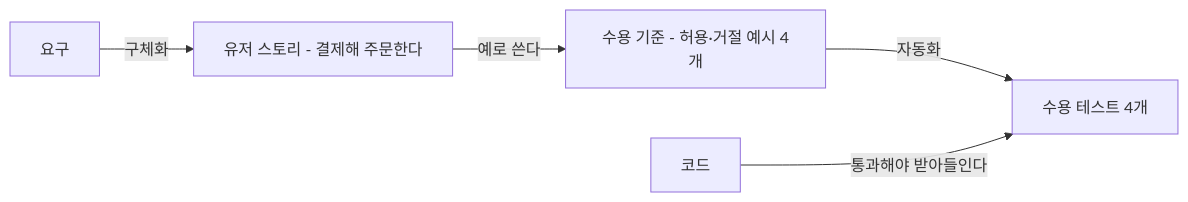
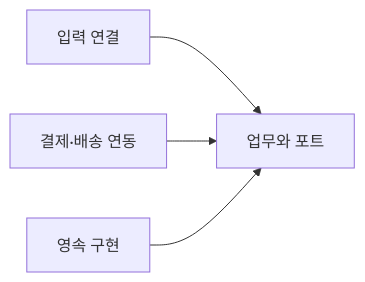
Before and after one commit to YoungSan77/TrainingMaterials: the first of 8 diagrams in courses/ai-native/sessions/s04.md, drawn with Mermaid. The commit also changed other lines of this file and 198 other files, not shown here.

````diff
--- a/courses/ai-native/sessions/s04.md
+++ b/courses/ai-native/sessions/s04.md
@@ -43,5 +66,6 @@
 ```mermaid
 flowchart LR
-    R["요구"] -->|구체화| S["유저 스토리 - 결제해 주문한다"] -->|예로 쓴다| A["수용 기준 - 허용·거절 예시 4개"] -->|자동화| T["수용 테스트 4개"]
-    C["코드"] -->|통과해야 받아들인다| T
+    A["입력 연결"] --> B["업무와 포트"]
+    C["결제·배송 연동"] --> B
+    D["영속 구현"] --> B
 ```
````
